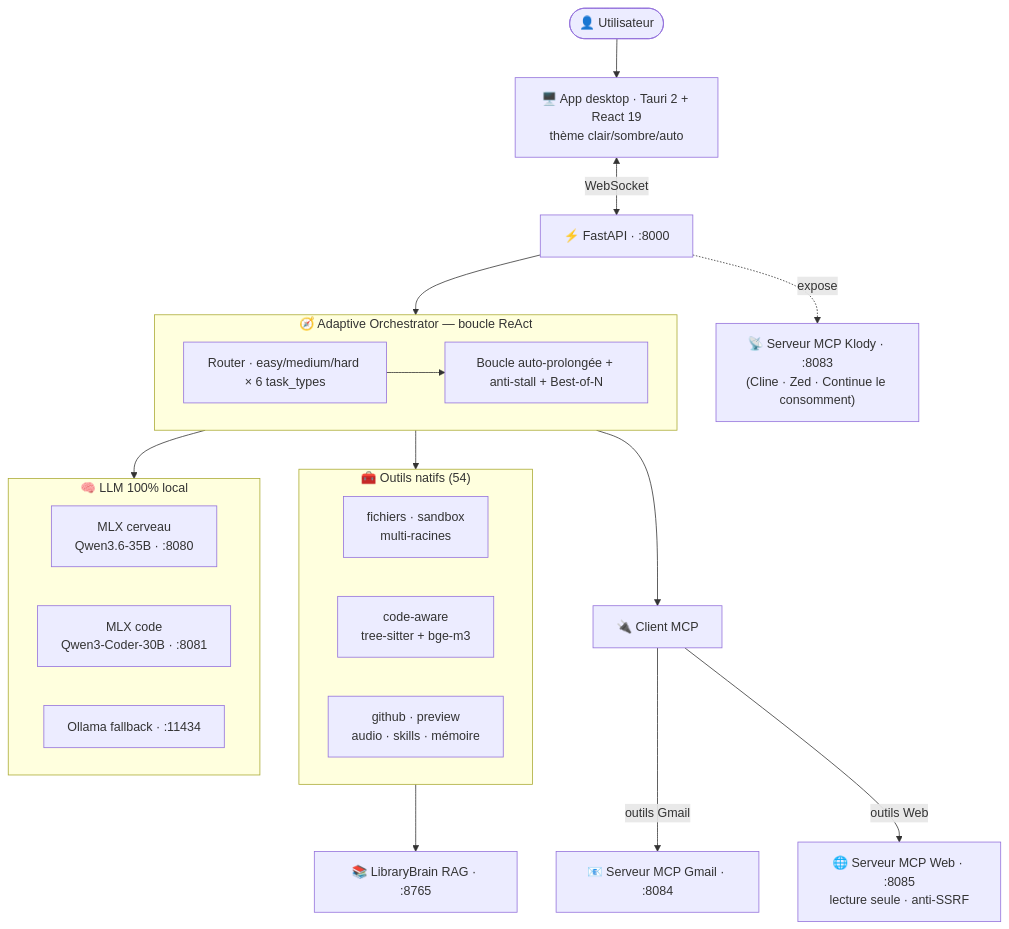
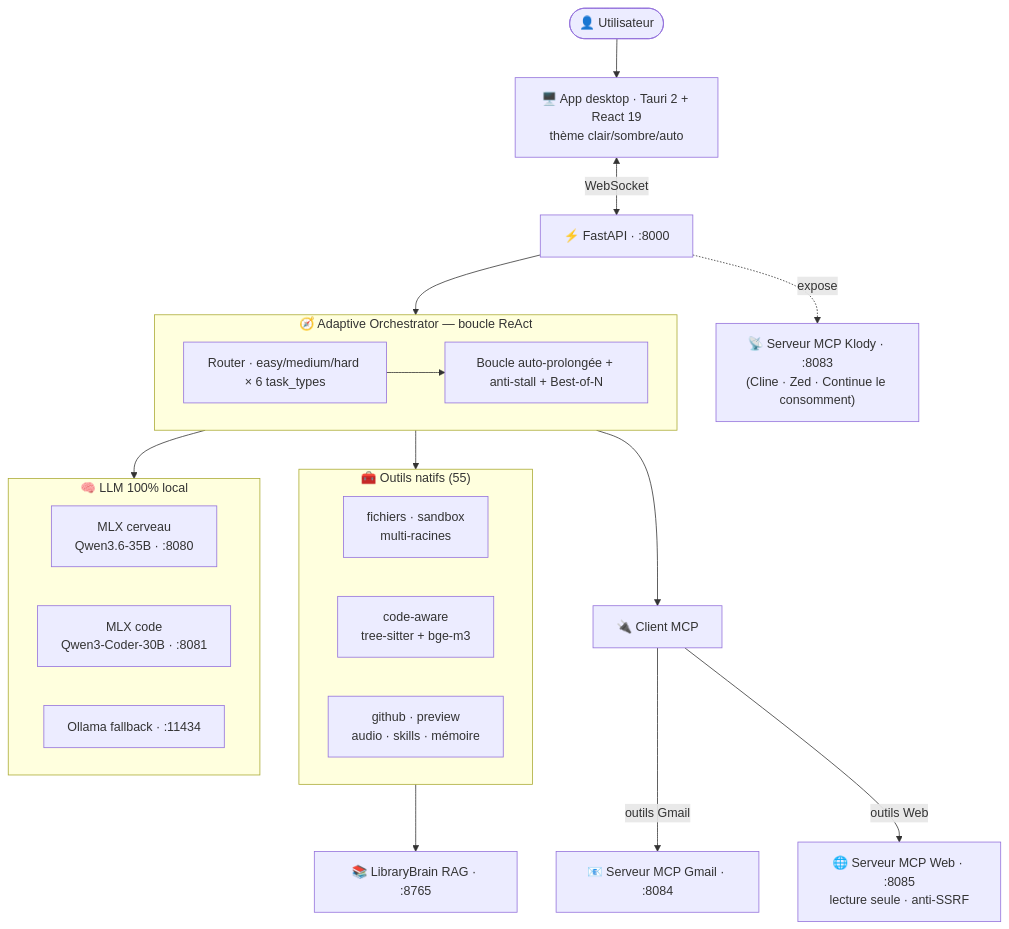
Before and after one commit to klodynlov/klody-code-ai: the diagram in README.md, drawn with Mermaid. The commit also changed other lines of this file and 5 other files, not shown here.

````diff
--- a/README.md
+++ b/README.md
@@ -50,36 +50,36 @@
 ```mermaid
 flowchart TD
     U([👤 Utilisateur]) --> UI["🖥️ App desktop · Tauri 2 + React 19<br/>thème clair/sombre/auto"]
     UI <-->|WebSocket| API["⚡ FastAPI · :8000"]
     API --> ORCH
 
     subgraph ORCH["🧭 Adaptive Orchestrator — boucle ReAct"]
         R["Router · easy/medium/hard × 6 task_types"]
         L["Boucle auto-prolongée + anti-stall + Best-of-N"]
         R --> L
     end
 
     ORCH --> TOOLS
     ORCH --> MCPC["🔌 Client MCP"]
     ORCH --> LLM
 
-    subgraph TOOLS["🧰 Outils natifs (54)"]
+    subgraph TOOLS["🧰 Outils natifs (55)"]
         direction LR
         T1["fichiers · sandbox<br/>multi-racines"]
         T2["code-aware<br/>tree-sitter + bge-m3"]
         T3["github · preview<br/>audio · skills · mémoire"]
     end
 
     MCPC -->|outils Gmail| GM["📧 Serveur MCP Gmail · :8084"]
     MCPC -->|outils Web| WB["🌐 Serveur MCP Web · :8085<br/>lecture seule · anti-SSRF"]
 
     subgraph LLM["🧠 LLM 100% local"]
         direction LR
         B["MLX cerveau<br/>Qwen3.6-35B · :8080"]
         C["MLX code<br/>Qwen3-Coder-30B · :8081"]
         O["Ollama fallback · :11434"]
     end
 
     TOOLS --> RAG["📚 LibraryBrain RAG · :8765"]
     API -.expose.-> MCPS["📡 Serveur MCP Klody · :8083<br/>(Cline · Zed · Continue le consomment)"]
 ```
````
